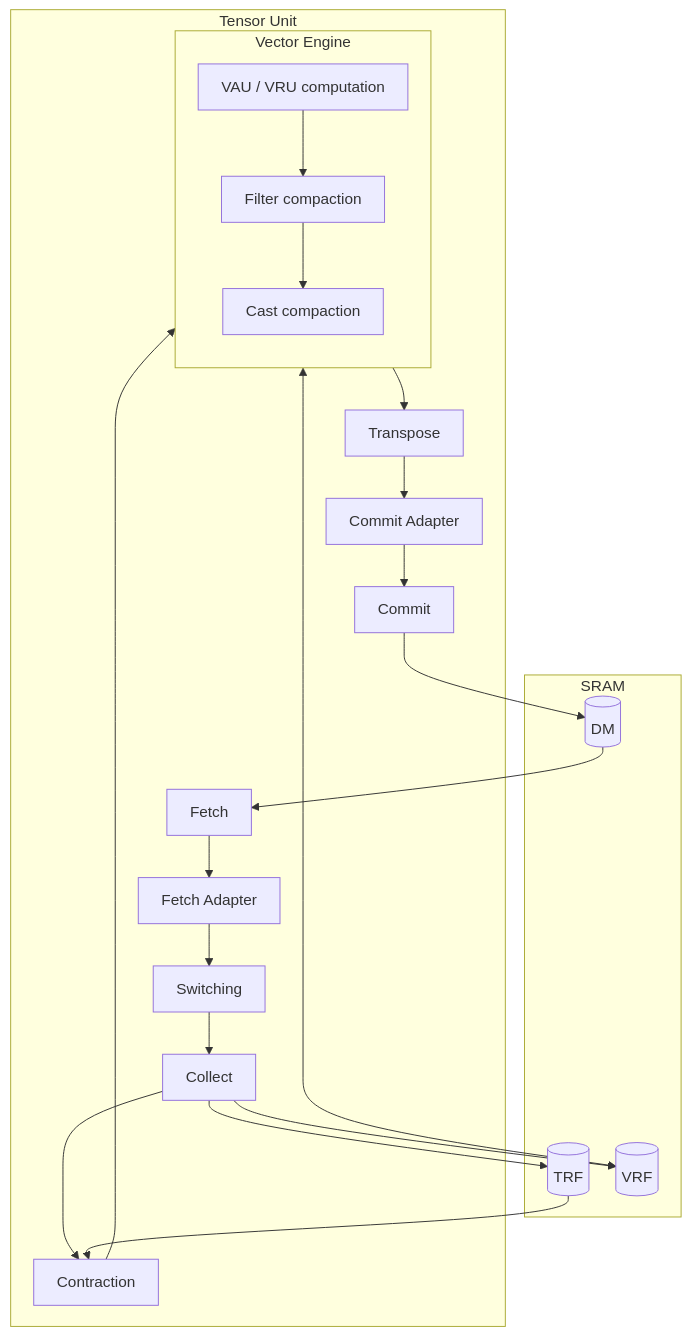
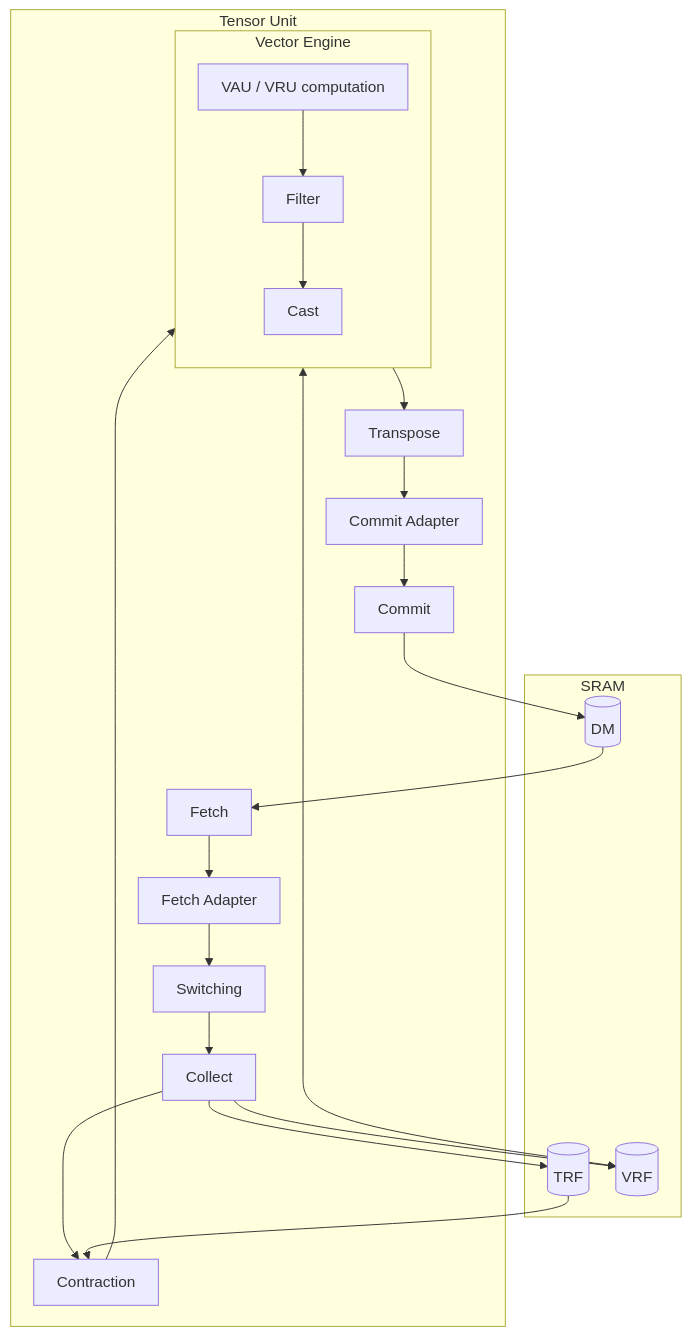
One commit to furiosa-ai/furiosa-opt-preview changed the diagram in docs/src/computing-tensors/index.md. Above: the diagram before and after it, drawn with Mermaid. The commit also changed other lines of this file and 60 other files, not shown here.

````diff
--- a/docs/src/computing-tensors/index.md
+++ b/docs/src/computing-tensors/index.md
@@ -29,34 +29,34 @@
 ```mermaid
 %%{init: {'flowchart': {'nodeSpacing': 28, 'rankSpacing': 44, 'padding': 12}}}%%
 flowchart TB
     subgraph SRAM
         DM[(DM)] & TRF[(TRF)] & VRF[(VRF)]
     end
 
     subgraph TU[Tensor Unit]
         FE[Fetch] --> FA[Fetch Adapter] --> SW[Switching] --> CO[Collect] --> CE[Contraction] --> VE
         subgraph VE[Vector Engine]
             direction TB
-            VC[VAU / VRU computation] --> VF[Filter compaction] --> CA[Cast compaction]
+            VC[VAU / VRU computation] --> VF[Filter] --> CA[Cast]
         end
         CA --> TR[Transpose] --> CMA[Commit Adapter] --> CM[Commit]
     end
 
     DM --> FE
     CM --> DM
     CO --> TRF --> CE
     CO --> VRF
     VE <--> VRF
 
     click FE "../moving-tensors/fetch-engine.html" "Fetch Engine"
     click FA "./fetch-adapter.html" "Fetch Adapter"
     click SW "./switch-engine.html" "Switch Engine"
     click CO "./collect-engine.html" "Collect Engine"
     click CE "./contraction-engine/index.html" "Contraction Engine"
     click VC "./vector-engine/index.html#interface" "VAU / VRU computation"
-    click VF "./vector-engine/intra-slice-chain.html#filter" "Filter compaction"
-    click CA "./vector-engine/cast-compaction.html" "Cast compaction"
+    click VF "./vector-engine/filter.html" "Filter"
+    click CA "./vector-engine/cast.html" "Cast"
     click TR "./transpose-engine.html" "Transpose Engine"
     click CMA "./commit-adapter.html" "Commit Adapter"
     click CM "../moving-tensors/commit-engine.html" "Commit Engine"
 ```
````
